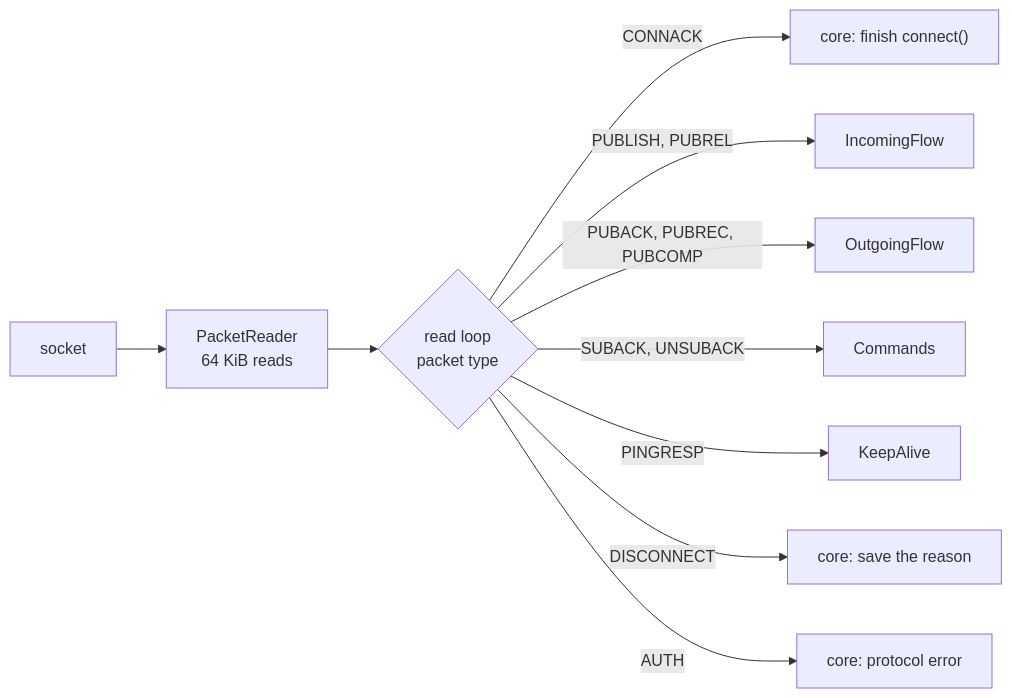
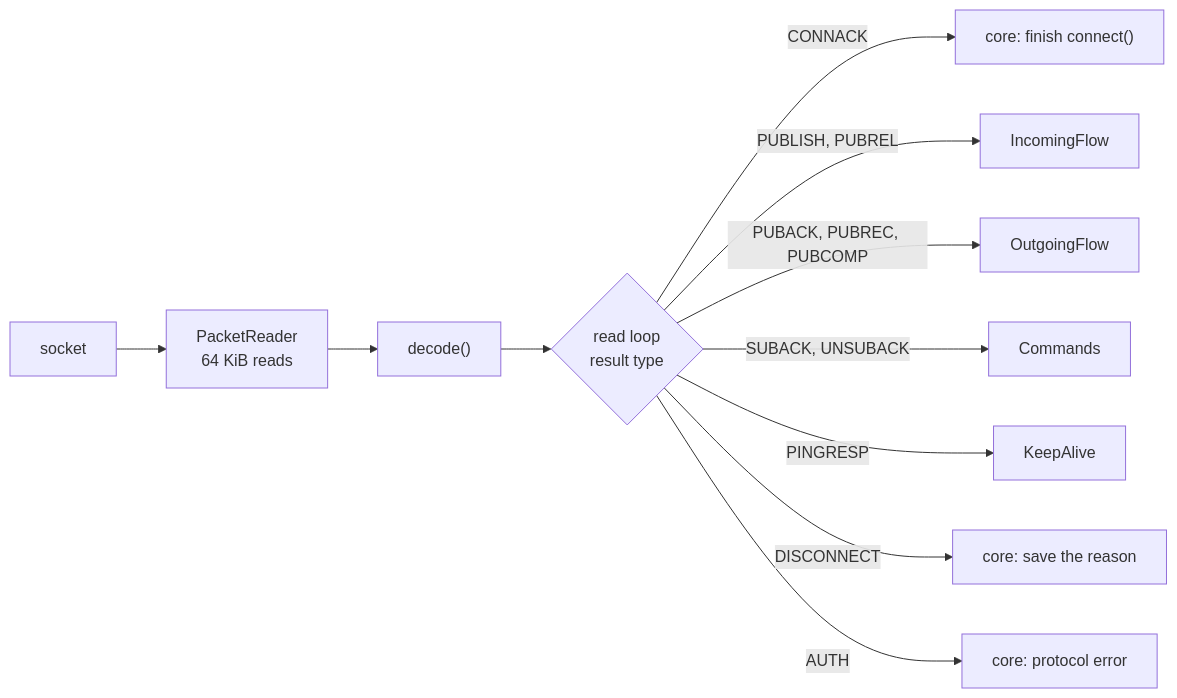
The third of 11 diagrams in docs/architecture.md (Mixser/zenmqtt), drawn with Mermaid before and after one commit. The commit also changed other lines of this file and 11 other files, not shown here.

````diff
--- a/docs/architecture.md
+++ b/docs/architecture.md
@@ -152,12 +154,13 @@
 ```mermaid
 flowchart LR
     socket["socket"] --> reader["PacketReader<br/>64 KiB reads"]
-    reader --> loop{"read loop<br/>packet type"}
+    reader --> decode["decode()"]
+    decode --> loop{"read loop<br/>result type"}
     loop -->|CONNACK| connack["core: finish connect()"]
     loop -->|PUBLISH, PUBREL| incoming["IncomingFlow"]
     loop -->|PUBACK, PUBREC, PUBCOMP| outgoing["OutgoingFlow"]
     loop -->|SUBACK, UNSUBACK| commands["Commands"]
     loop -->|PINGRESP| keepalive["KeepAlive"]
     loop -->|DISCONNECT| disconnect["core: save the reason"]
     loop -->|AUTH| auth["core: protocol error"]
 ```
````
